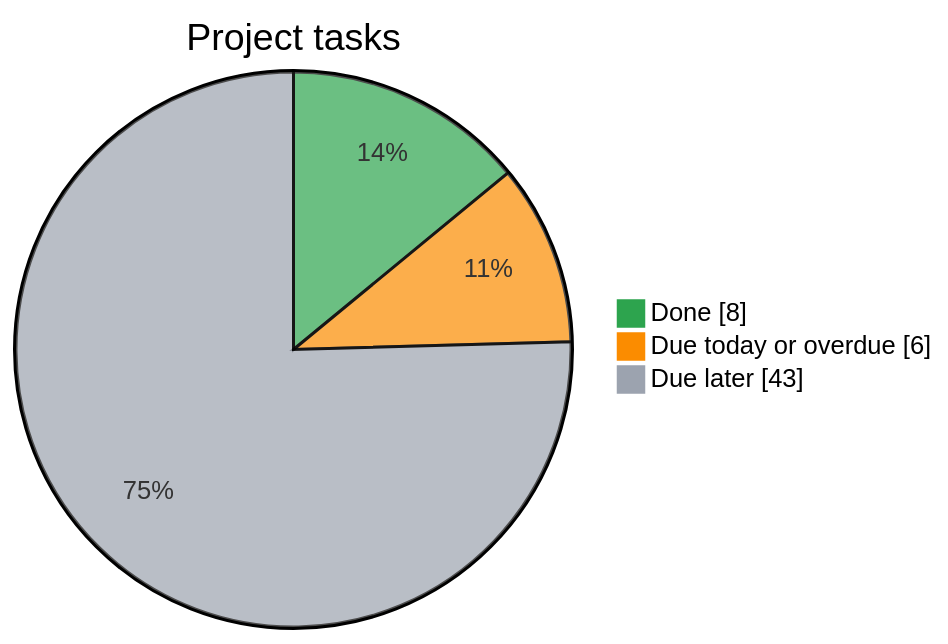
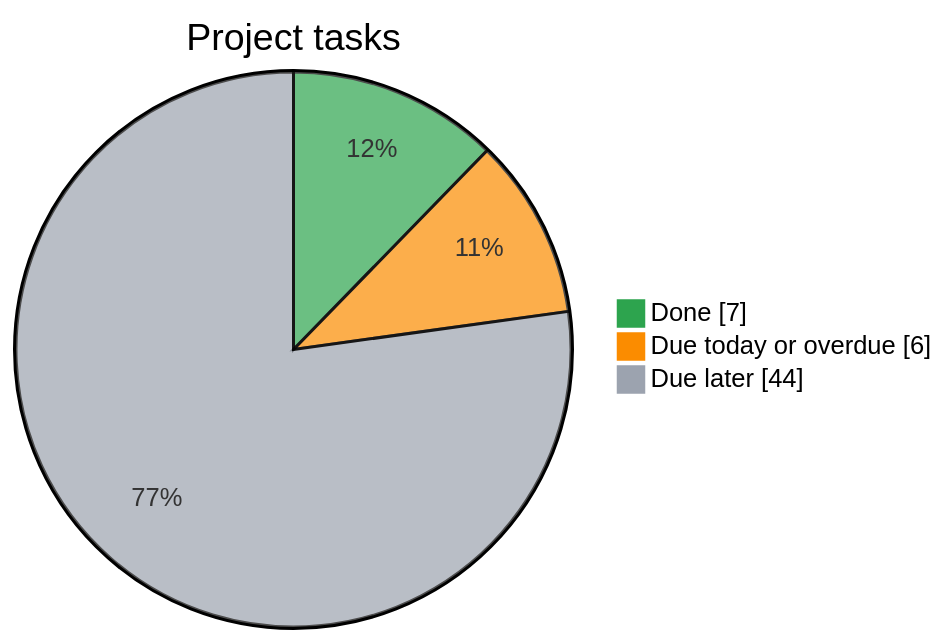
Before and after one commit to Kr1sKros/IKT466-Corporate-Bankruptcy-Predictor: the diagram in README.md, drawn with Mermaid. The commit also changed other lines of this file, not shown here.

Commit message:
docs: refresh task dashboard

````diff
--- a/README.md
+++ b/README.md
@@ -8,8 +8,8 @@
 ```mermaid
 %%{init: {"themeVariables": {"pie1": "#2da44e", "pie2": "#fb8c00", "pie3": "#9ca3af"}}}%%
 pie showData
     title Project tasks
-    "Done" : 8
+    "Done" : 7
     "Due today or overdue" : 6
-    "Due later" : 43
+    "Due later" : 44
 ```
````
